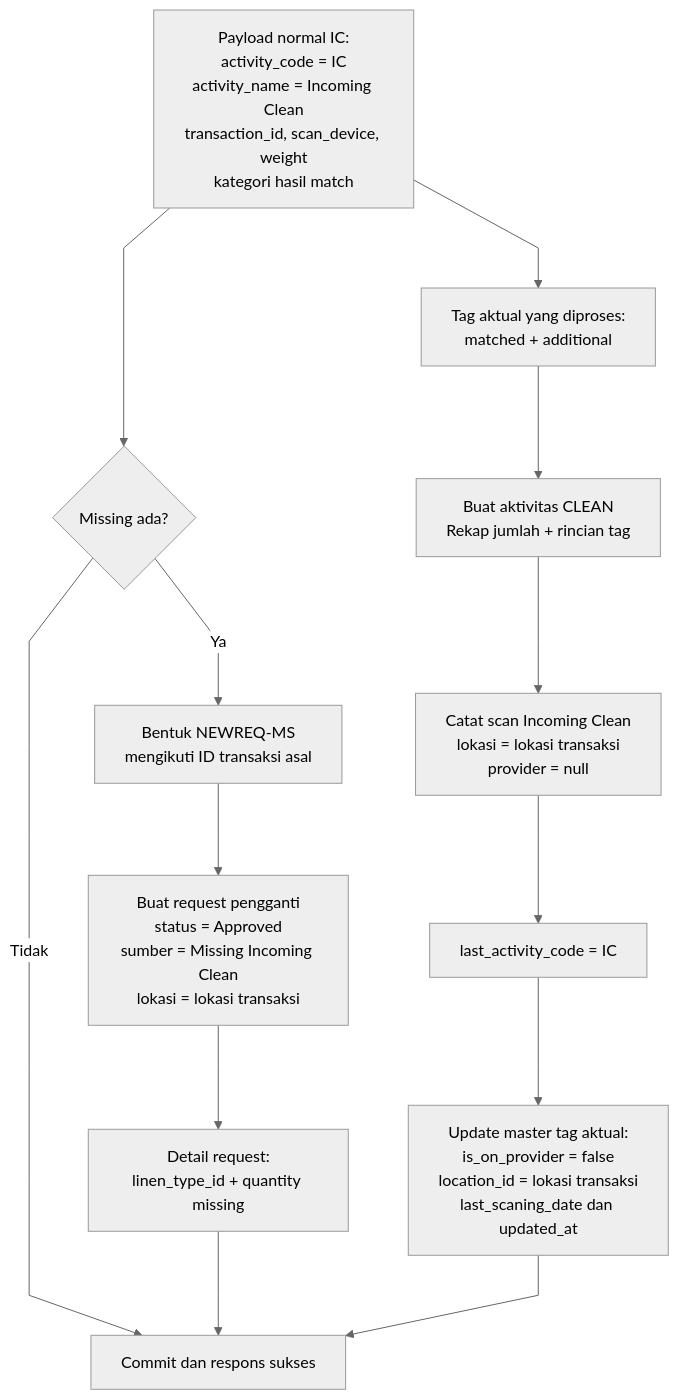
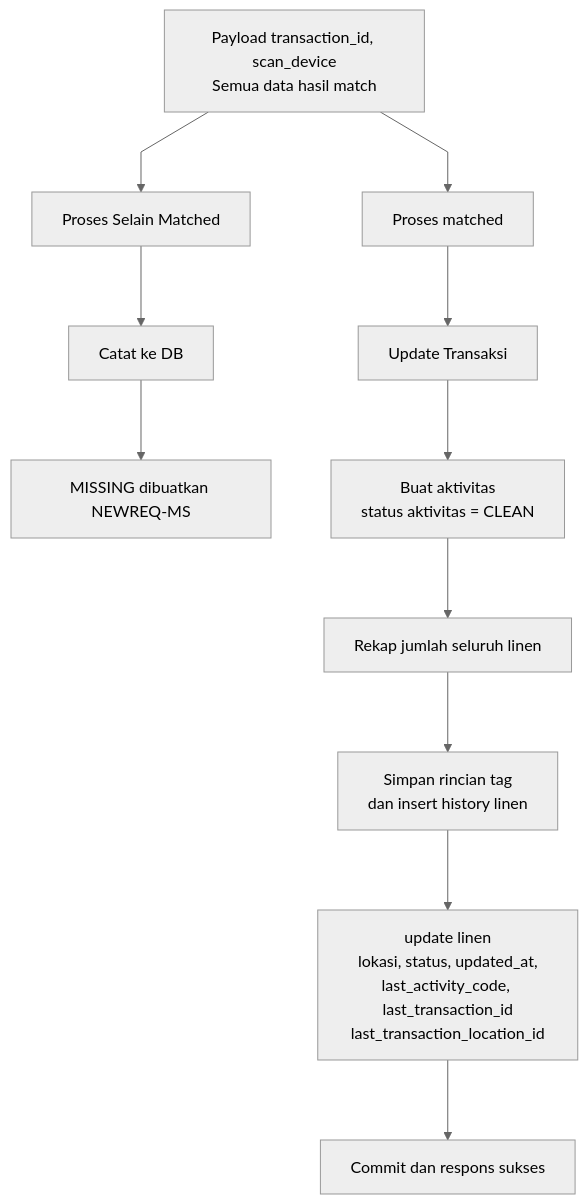
One commit to bagaskrmn/bac-flow-laundry changed the third of 3 diagrams in laundry-activities/incoming-clean.md. Above: the diagram before and after it, drawn with Mermaid (neutral theme). The commit also changed other lines of this file and 1 other file, not shown here.

Commit message:
fix DPC dan IC

````diff
--- a/laundry-activities/incoming-clean.md
+++ b/laundry-activities/incoming-clean.md
@@ -31,20 +31,18 @@
 ```mermaid
 %%{init: {'flowchart': {'curve': 'linear', 'nodeSpacing': 60, 'rankSpacing': 80, 'diagramPadding': 24}}}%%
 flowchart TD
-    N_IN["Payload normal IC:<br/>activity_code = IC<br/>activity_name = Incoming Clean<br/>transaction_id, scan_device, weight<br/>kategori hasil match"]
+    N_IN["Payload transaction_id, scan_device<br/>Semua data hasil match"]
 
-    N_IN --> N_ACTUAL["Tag aktual yang diproses:<br/>matched + additional"]
-    N_ACTUAL --> N_ACT["Buat aktivitas CLEAN<br/>Rekap jumlah + rincian tag"]
-    N_ACT --> N_SCAN["Catat scan Incoming Clean<br/>lokasi = lokasi transaksi<br/>provider = null"]
-    N_SCAN --> N_TRX["last_activity_code = IC"]
-    N_TRX --> N_MASTER["Update master tag aktual:<br/>is_on_provider = false<br/>location_id = lokasi transaksi<br/>last_scaning_date dan updated_at"]
+    N_IN -->N_NOTES["Proses Selain Matched"]
+    N_NOTES --> N_CATAT["Catat ke DB"]
+    N_CATAT --> N_MISSING["MISSING dibuatkan NEWREQ-MS"]
 
-    N_IN --> N_HASMISS{"Missing ada?"}
-    N_HASMISS -->|Ya| N_ID["Bentuk NEWREQ-MS<br/>mengikuti ID transaksi asal"]
-    N_ID --> N_REQ["Buat request pengganti<br/>status = Approved<br/>sumber = Missing Incoming Clean<br/>lokasi = lokasi transaksi"]
-    N_REQ --> N_DETAIL["Detail request:<br/>linen_type_id + quantity missing"]
-    N_HASMISS -->|Tidak| N_DONE["Commit dan respons sukses"]
-    N_DETAIL --> N_DONE
-    N_MASTER --> N_DONE
-    
+    N_IN --> N_ACCEPT["Proses matched"]
+    N_ACCEPT --> N_TRX["Update Transaksi"]
+    N_TRX --> N_ACT["Buat aktivitas<br/>status aktivitas = CLEAN"]
+    N_ACT --> N_QTY["Rekap jumlah seluruh linen"]
+    N_QTY --> N_TAG["Simpan rincian tag<br/>dan insert history linen"]
+    N_TAG --> N_SCAN["update linen<br/>lokasi, status, updated_at,<br/>last_activity_code, last_transaction_id<br/>last_transaction_location_id"]
+
+    N_SCAN --> N_DONE["Commit dan respons sukses"]
 ```
````
